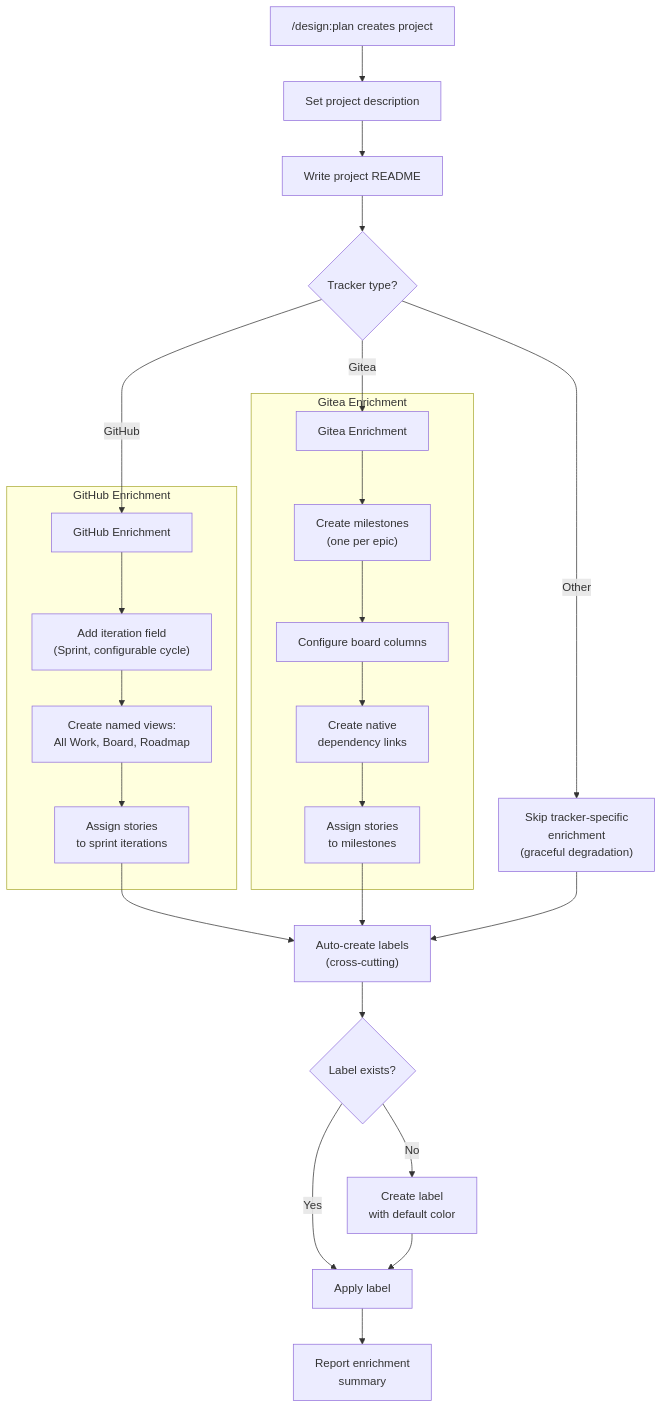
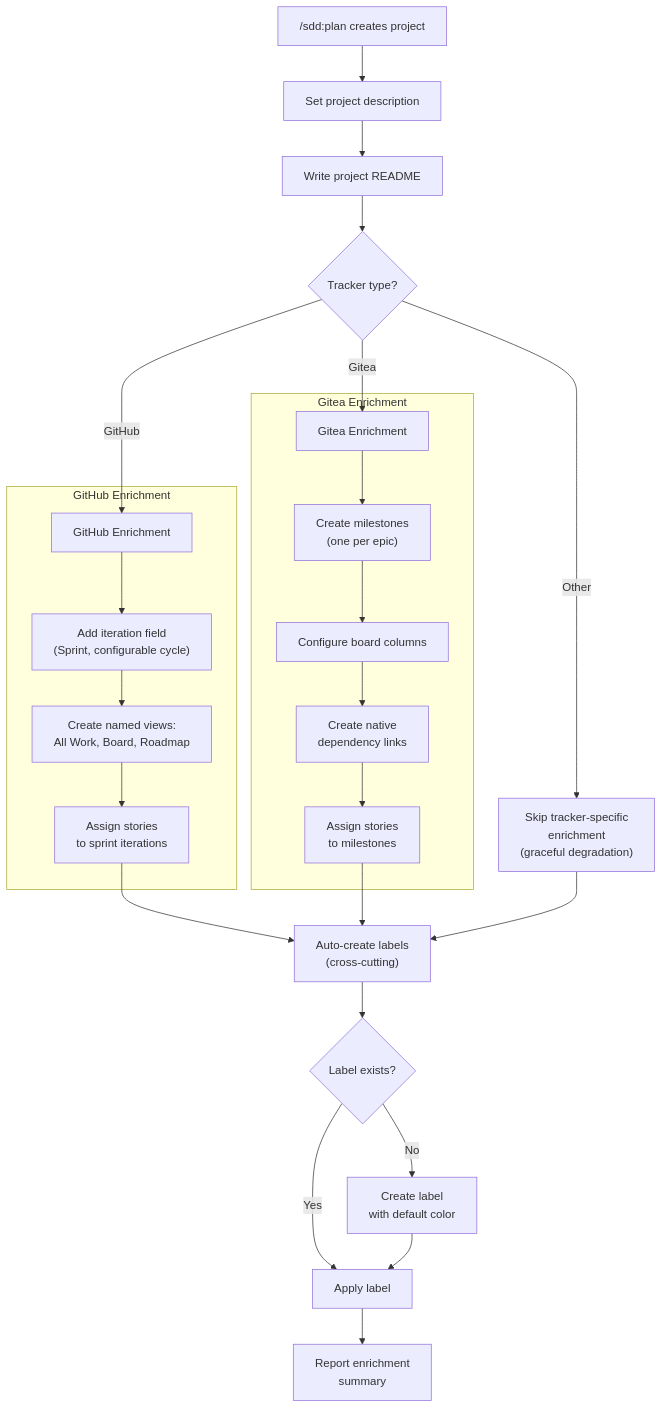
The first of 4 diagrams in docs/openspec/specs/project-workspace-enrichment/design.md (joestump/claude-plugin-design), drawn with Mermaid before and after one commit. The commit also changed other lines of this file and 106 other files, not shown here.

First line of the commit message:
Rename plugin: design → sdd (Spec-Driven Development) (#75)

````diff
--- a/docs/openspec/specs/project-workspace-enrichment/design.md
+++ b/docs/openspec/specs/project-workspace-enrichment/design.md
@@ -85,34 +85,34 @@
 ```mermaid
 flowchart TD
-    A["/design:plan creates project"] --> B["Set project description"]
+    A["/sdd:plan creates project"] --> B["Set project description"]
     B --> C["Write project README"]
     C --> D{"Tracker type?"}
 
     D -->|GitHub| E["GitHub Enrichment"]
     D -->|Gitea| F["Gitea Enrichment"]
     D -->|Other| G["Skip tracker-specific\nenrichment\n(graceful degradation)"]
 
     subgraph "GitHub Enrichment"
         E --> E1["Add iteration field\n(Sprint, configurable cycle)"]
         E1 --> E2["Create named views:\nAll Work, Board, Roadmap"]
         E2 --> E3["Assign stories\nto sprint iterations"]
     end
 
     subgraph "Gitea Enrichment"
         F --> F1["Create milestones\n(one per epic)"]
         F1 --> F2["Configure board columns"]
         F2 --> F3["Create native\ndependency links"]
         F3 --> F4["Assign stories\nto milestones"]
     end
 
     E3 --> H["Auto-create labels\n(cross-cutting)"]
     F4 --> H
     G --> H
 
     H --> I{"Label exists?"}
     I -->|Yes| J["Apply label"]
     I -->|No| K["Create label\nwith default color"]
     K --> J
 
     J --> L["Report enrichment\nsummary"]
 ```
````
